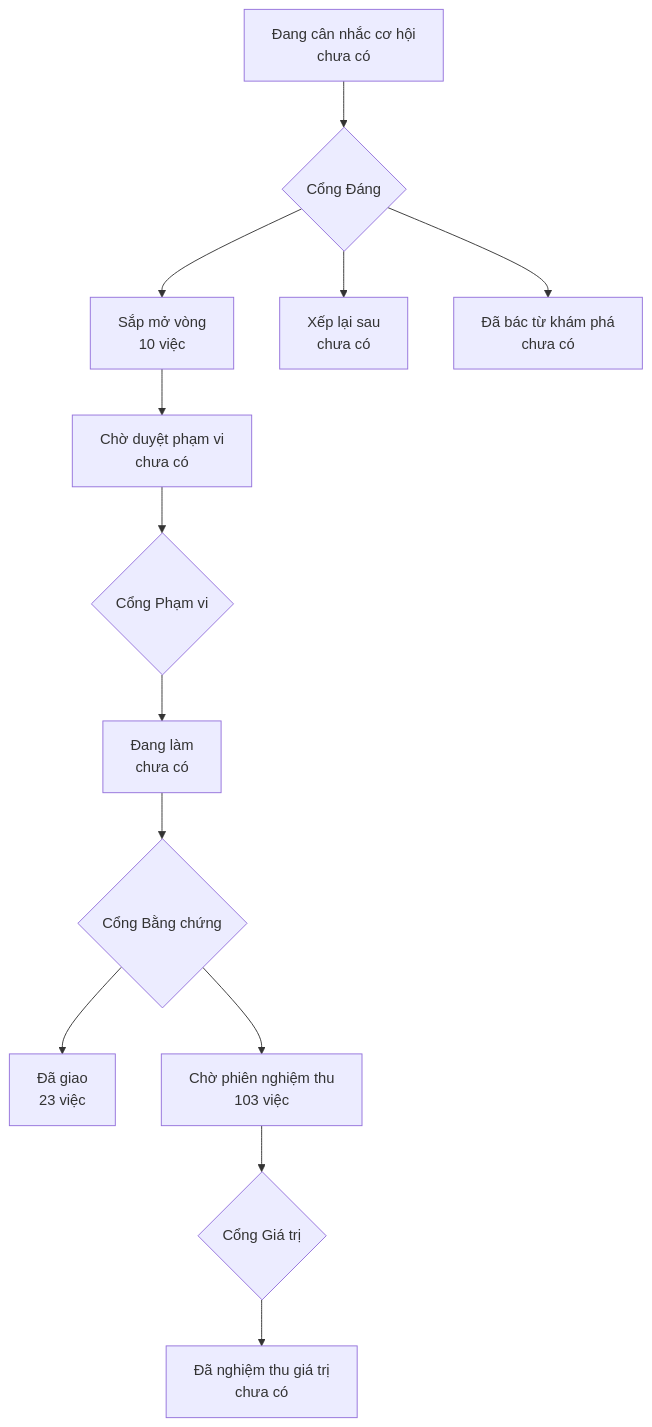
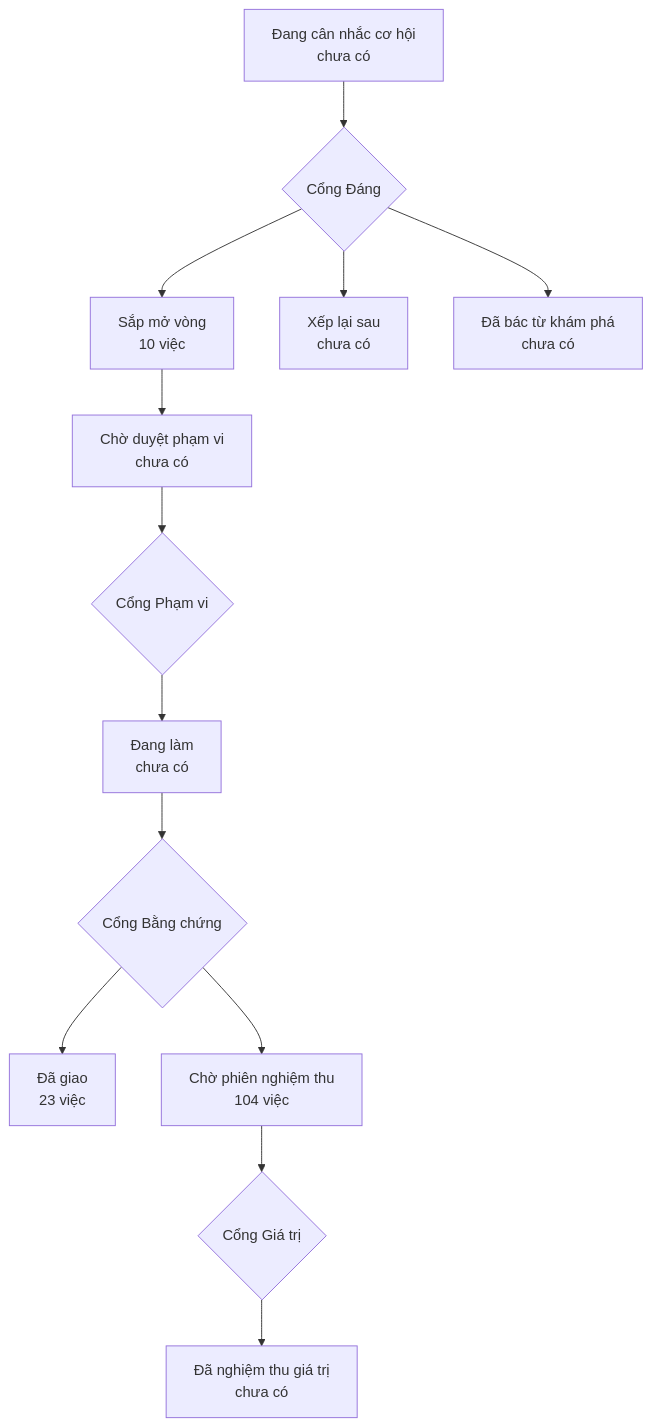
One commit to phanlemanh/onehub-quy-hang changed the diagram in PRODUCT-MAP.md. Above: the diagram before and after it, drawn with Mermaid. The commit also changed other lines of this file and 1 other file, not shown here.

Commit message:
chore(map): vẽ lại sau gộp main

````diff
--- a/PRODUCT-MAP.md
+++ b/PRODUCT-MAP.md
@@ -7,12 +7,12 @@
 ```mermaid
 flowchart TD
   A["Đang cân nhắc cơ hội<br/>chưa có"] --> GD{"Cổng Đáng"}
   GD --> B["Sắp mở vòng<br/>10 việc"]
   GD --> XL["Xếp lại sau<br/>chưa có"]
   GD --> DB["Đã bác từ khám phá<br/>chưa có"]
   B --> CD["Chờ duyệt phạm vi<br/>chưa có"] --> GP{"Cổng Phạm vi"}
   GP --> DL["Đang làm<br/>chưa có"] --> GB{"Cổng Bằng chứng"}
   GB --> DG["Đã giao<br/>23 việc"]
-  GB --> CN["Chờ phiên nghiệm thu<br/>103 việc"] --> GG{"Cổng Giá trị"}
+  GB --> CN["Chờ phiên nghiệm thu<br/>104 việc"] --> GG{"Cổng Giá trị"}
   GG --> NT["Đã nghiệm thu giá trị<br/>chưa có"]
 ```
````
